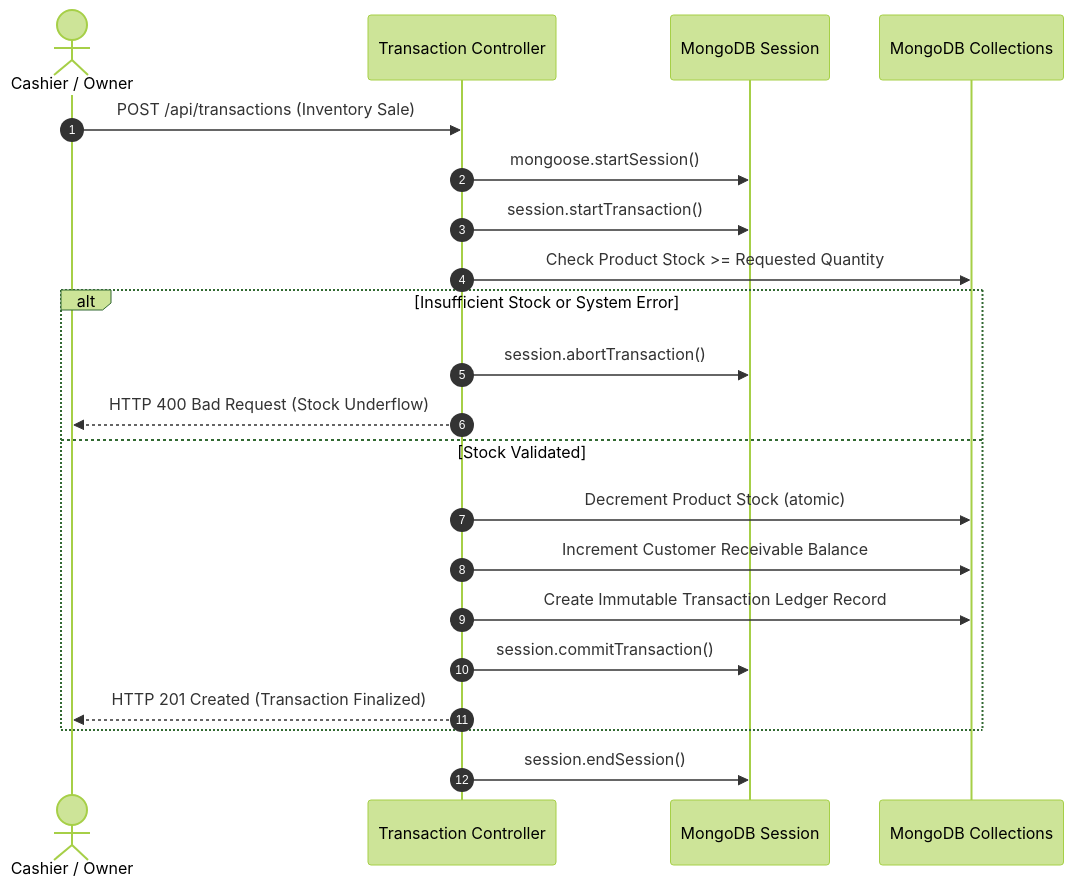
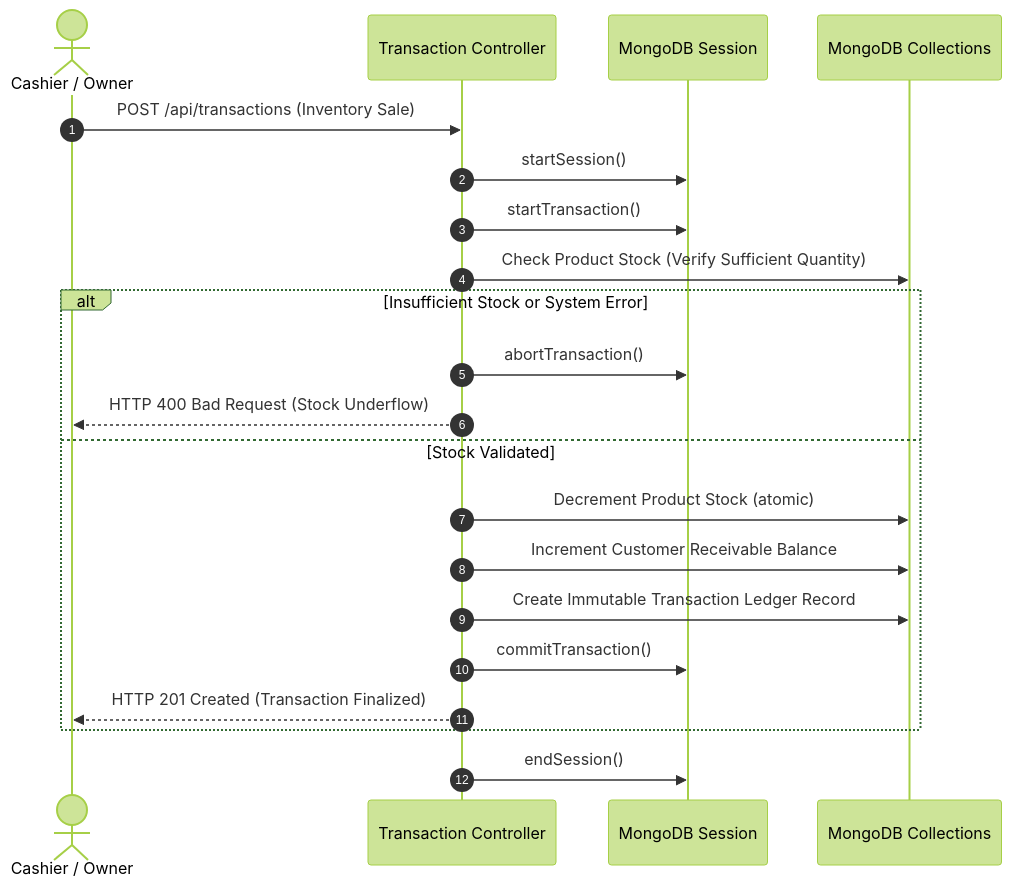
The second of 2 diagrams in README.md (Ahsan-Qamar-47/shopledger), drawn with Mermaid (forest theme) before and after one commit. The commit also changed other lines of this file, not shown here.

Commit message:
docs(readme): fix Mermaid diagram syntax by quoting labels and escaping delimiters

````diff
--- a/README.md
+++ b/README.md
@@ -114,24 +117,24 @@
 ```mermaid
 sequenceDiagram
     autonumber
     actor Terminal as Cashier / Owner
     participant API as Transaction Controller
     participant Session as MongoDB Session
     participant DB as MongoDB Collections
 
     Terminal->>API: POST /api/transactions (Inventory Sale)
-    API->>Session: mongoose.startSession()
-    API->>Session: session.startTransaction()
-    API->>DB: Check Product Stock >= Requested Quantity
+    API->>Session: startSession()
+    API->>Session: startTransaction()
+    API->>DB: Check Product Stock (Verify Sufficient Quantity)
     alt Insufficient Stock or System Error
-        API->>Session: session.abortTransaction()
+        API->>Session: abortTransaction()
         API-->>Terminal: HTTP 400 Bad Request (Stock Underflow)
     else Stock Validated
         API->>DB: Decrement Product Stock (atomic)
         API->>DB: Increment Customer Receivable Balance
         API->>DB: Create Immutable Transaction Ledger Record
-        API->>Session: session.commitTransaction()
+        API->>Session: commitTransaction()
         API-->>Terminal: HTTP 201 Created (Transaction Finalized)
     end
-    API->>Session: session.endSession()
+    API->>Session: endSession()
 ```
````
